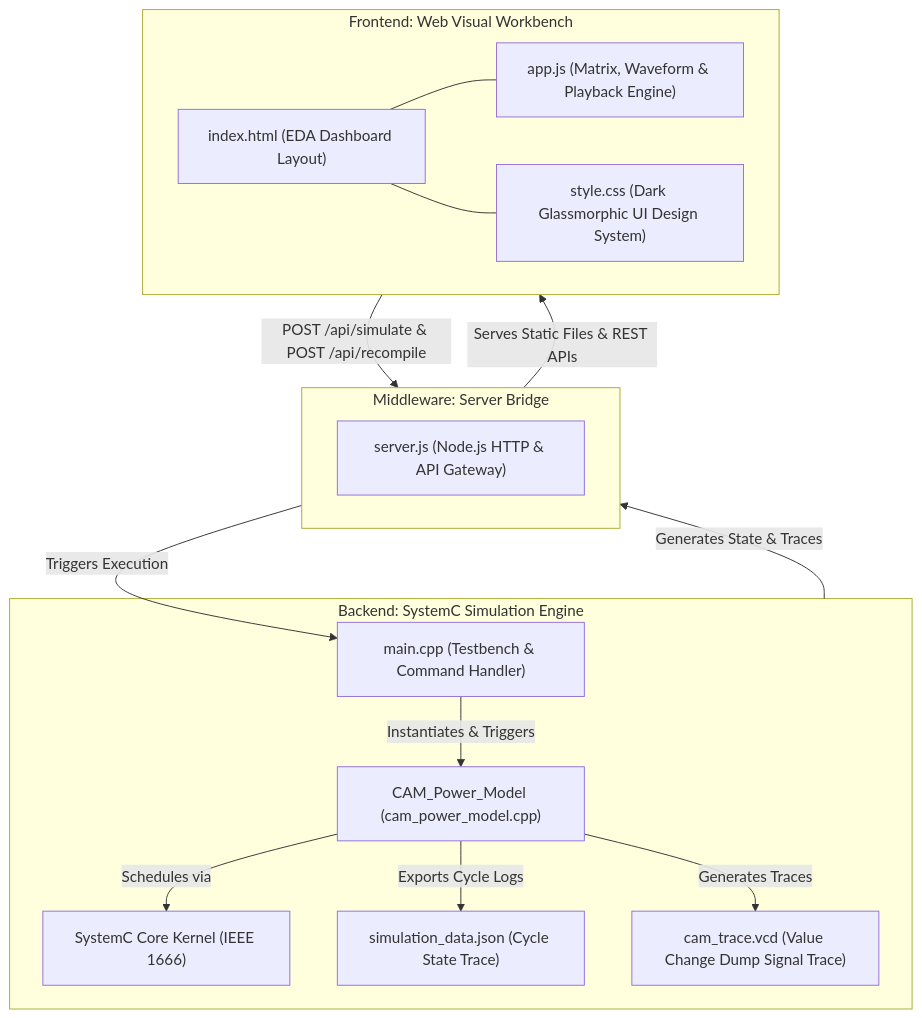
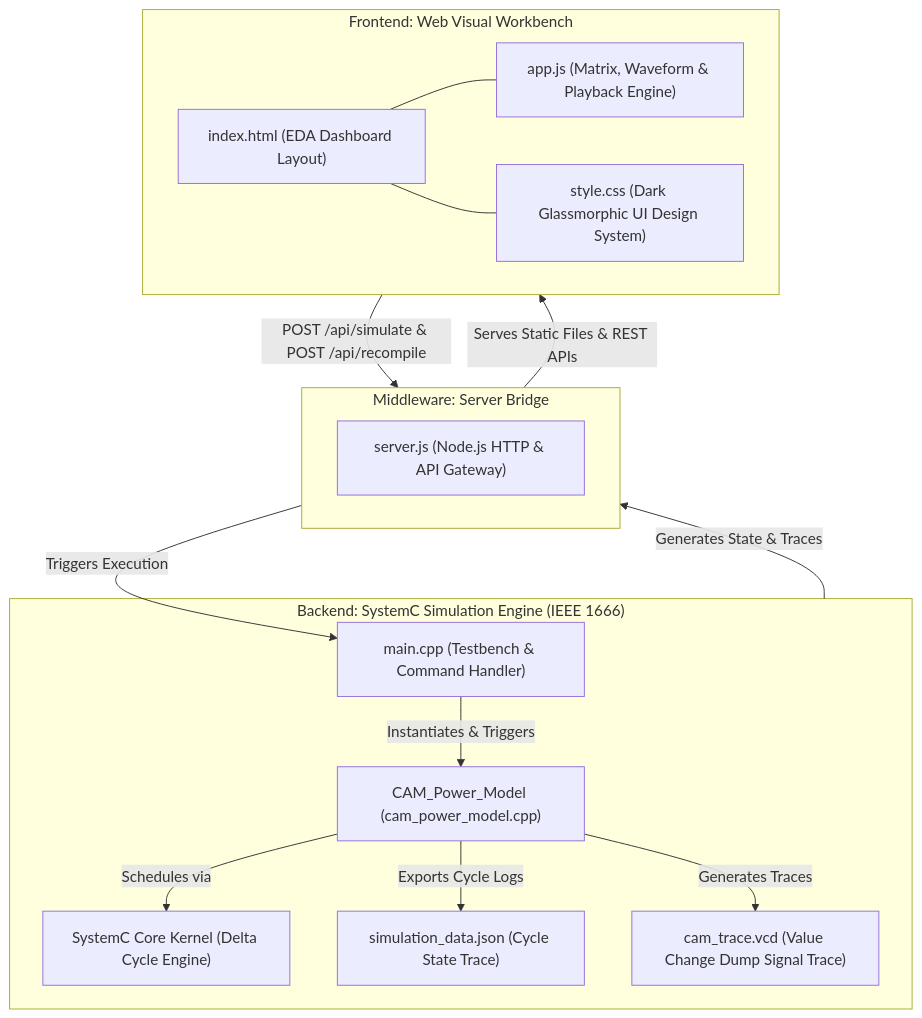
One commit to chandansaipavanpadala/sysc-cam-power changed the diagram in README.md. Above: the diagram before and after it, drawn with Mermaid. The commit also changed other lines of this file and 10 other files, not shown here.

````diff
--- a/README.md
+++ b/README.md
@@ -39,33 +61,33 @@
 ```mermaid
 graph TD
-    subgraph Backend ["Backend: SystemC Simulation Engine"]
+    subgraph Backend ["Backend: SystemC Simulation Engine (IEEE 1666)"]
         A["main.cpp (Testbench & Command Handler)"]
         B["CAM_Power_Model (cam_power_model.cpp)"]
-        C["SystemC Core Kernel (IEEE 1666)"]
+        C["SystemC Core Kernel (Delta Cycle Engine)"]
         D["simulation_data.json (Cycle State Trace)"]
         E["cam_trace.vcd (Value Change Dump Signal Trace)"]
         
         A -->|Instantiates & Triggers| B
         B -->|Schedules via| C
         B -->|Exports Cycle Logs| D
         B -->|Generates Traces| E
     end
 
     subgraph ServerBridge ["Middleware: Server Bridge"]
         F["server.js (Node.js HTTP & API Gateway)"]
     end
 
     subgraph Frontend ["Frontend: Web Visual Workbench"]
         G["index.html (EDA Dashboard Layout)"]
         H["app.js (Matrix, Waveform & Playback Engine)"]
         I["style.css (Dark Glassmorphic UI Design System)"]
         
         G --- H
         G --- I
     end
 
     Backend -->|Generates State & Traces| ServerBridge
     ServerBridge -->|Serves Static Files & REST APIs| Frontend
     Frontend -->|POST /api/simulate & POST /api/recompile| ServerBridge
     ServerBridge -->|Triggers Execution| A
 ```
````
